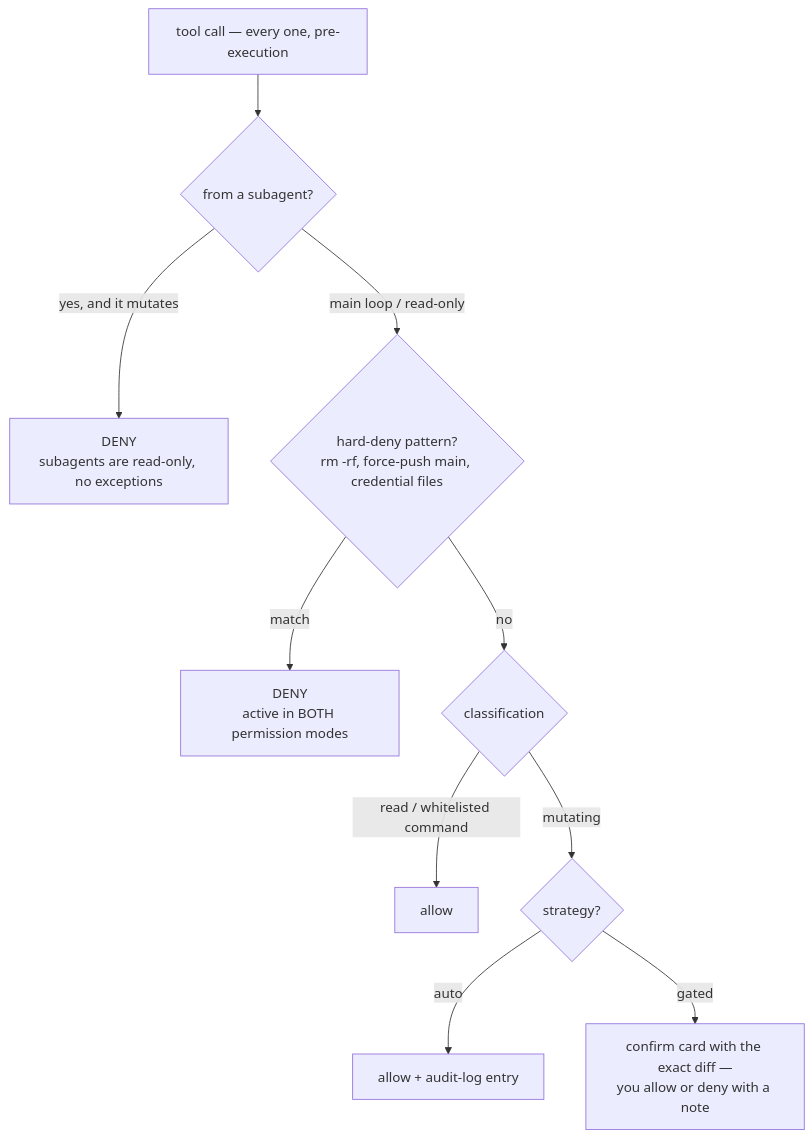
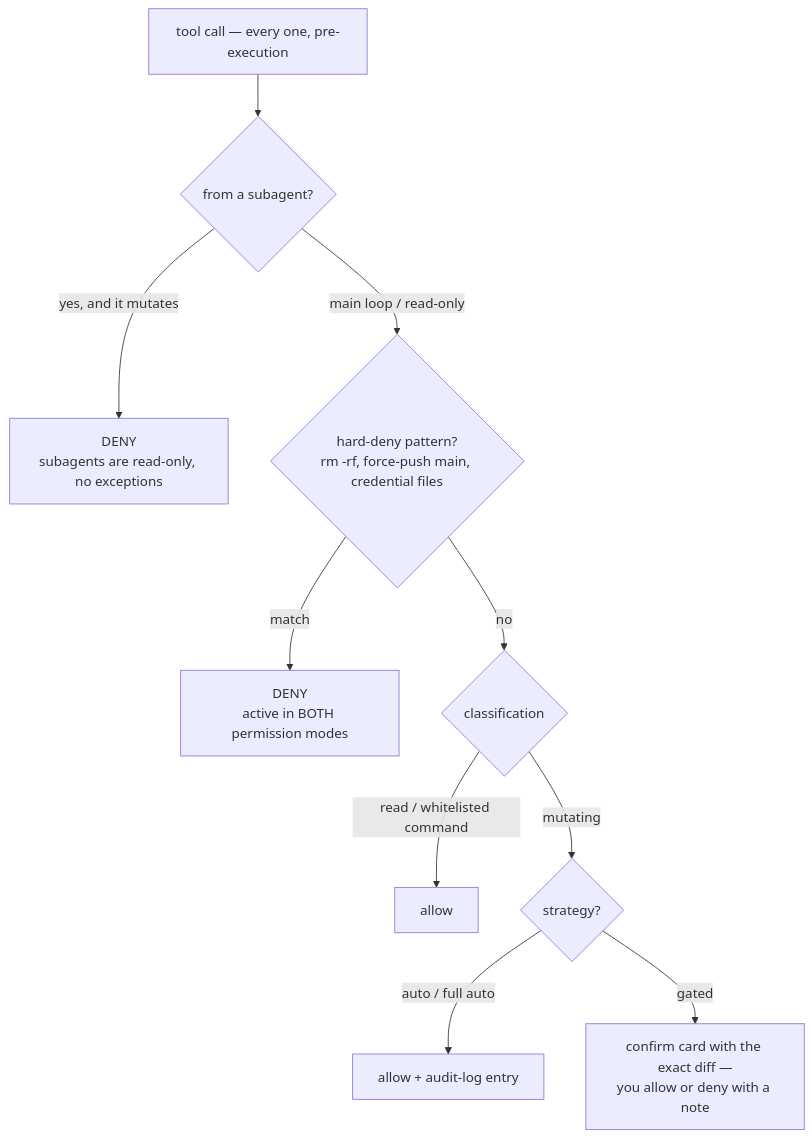
One commit to RobertIlisei/MARVIN changed the fifth of 5 diagrams in docs/whitepaper/WHITEPAPER.md. Above: the diagram before and after it, drawn with Mermaid. The commit also changed other lines of this file and 8 other files, not shown here.

````diff
--- a/docs/whitepaper/WHITEPAPER.md
+++ b/docs/whitepaper/WHITEPAPER.md
@@ -588,12 +686,12 @@
 ```mermaid
 flowchart TD
   T["tool call — every one, pre-execution"] --> S{"from a subagent?"}
   S -->|"yes, and it mutates"| D1["DENY<br/>subagents are read-only, no exceptions"]
   S -->|"main loop / read-only"| HD{"hard-deny pattern?<br/>rm -rf, force-push main, credential files"}
   HD -->|"match"| D2["DENY<br/>active in BOTH permission modes"]
   HD -->|"no"| CL{"classification"}
   CL -->|"read / whitelisted command"| A["allow"]
   CL -->|"mutating"| M{"strategy?"}
-  M -->|"auto"| A2["allow + audit-log entry"]
+  M -->|"auto / full auto"| A2["allow + audit-log entry"]
   M -->|"gated"| K["confirm card with the exact diff —<br/>you allow or deny with a note"]
 ```
````
